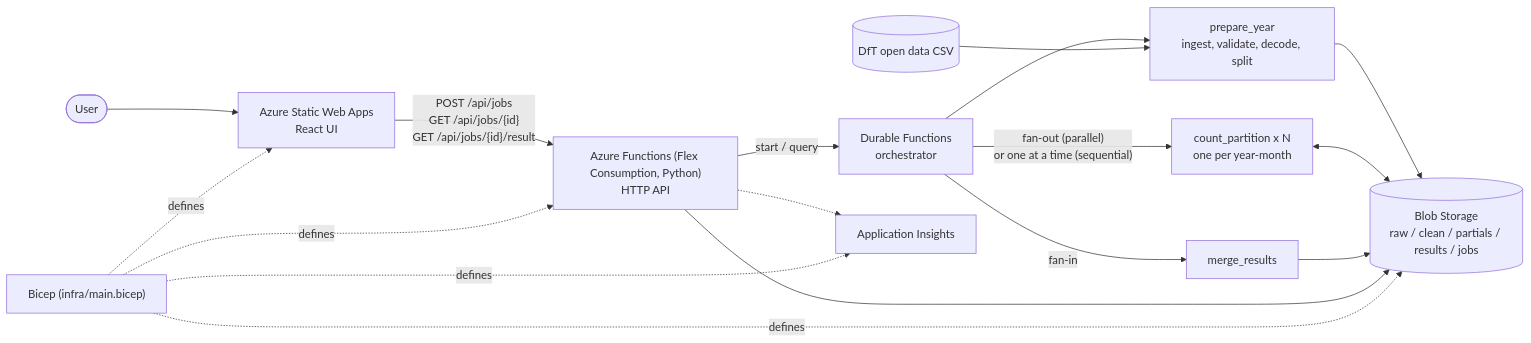
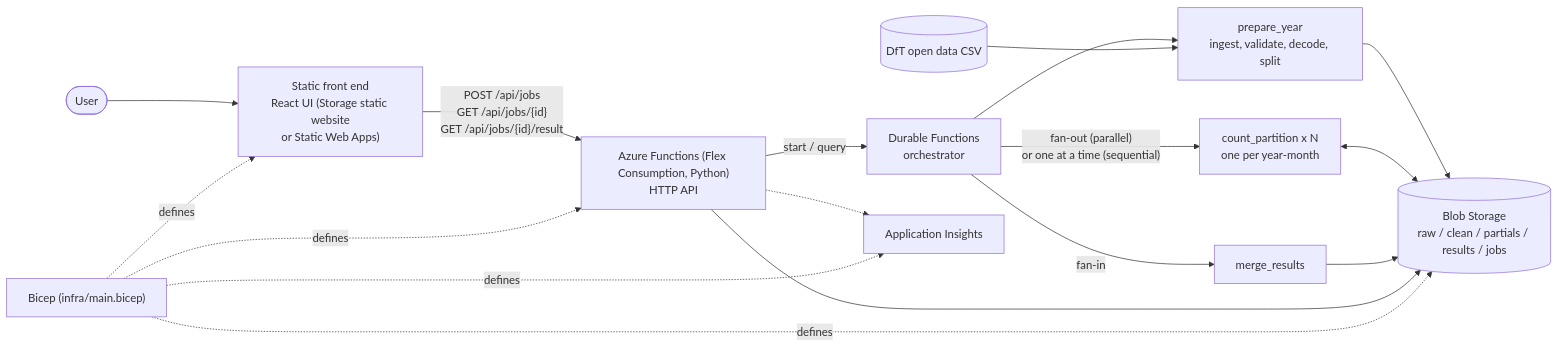
The diagram in README.md (CLOUDPROJECT190/road-safety-explorer), drawn with Mermaid before and after one commit. The commit also changed other lines of this file and 2 other files, not shown here.

Commit message:
Support region-restricted subscriptions: Storage static website front end, provider registration

````diff
--- a/README.md
+++ b/README.md
@@ -9,16 +9,16 @@
 ```mermaid
 flowchart LR
-  user([User]) --> swa["Azure Static Web Apps<br/>React UI"]
+  user([User]) --> swa["Static front end<br/>React UI (Storage static website<br/>or Static Web Apps)"]
   swa -- "POST /api/jobs<br/>GET /api/jobs/{id}<br/>GET /api/jobs/{id}/result" --> api["Azure Functions (Flex Consumption, Python)<br/>HTTP API"]
   api -- "start / query" --> orch["Durable Functions<br/>orchestrator"]
   orch --> prep["prepare_year<br/>ingest, validate, decode, split"]
   orch -- "fan-out (parallel)<br/>or one at a time (sequential)" --> count["count_partition x N<br/>one per year-month"]
   orch -- "fan-in" --> merge["merge_results"]
   dft[(DfT open data CSV)] --> prep
   prep --> blob[("Blob Storage<br/>raw / clean / partials / results / jobs")]
   count <--> blob
   merge --> blob
   api --> blob
   api -.-> ai["Application Insights"]
   bicep["Bicep (infra/main.bicep)"] -. defines .-> swa & api & blob & ai
 ```
````
